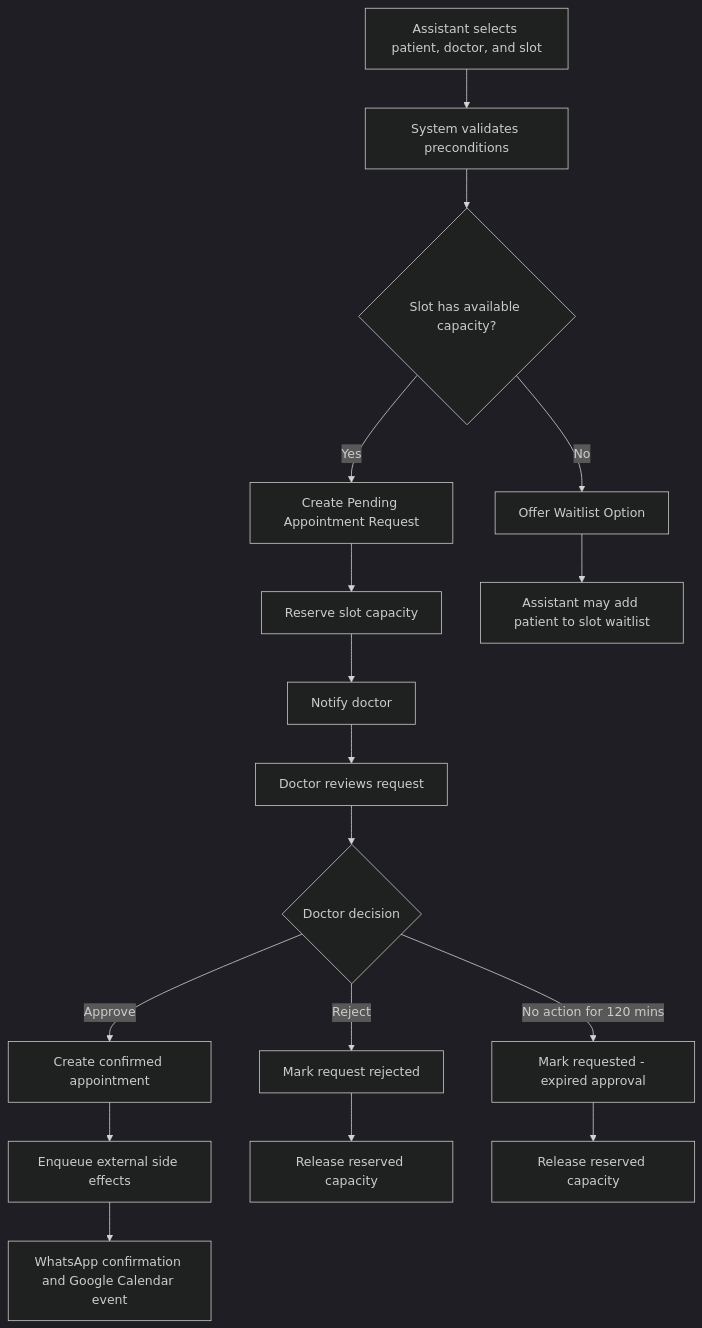
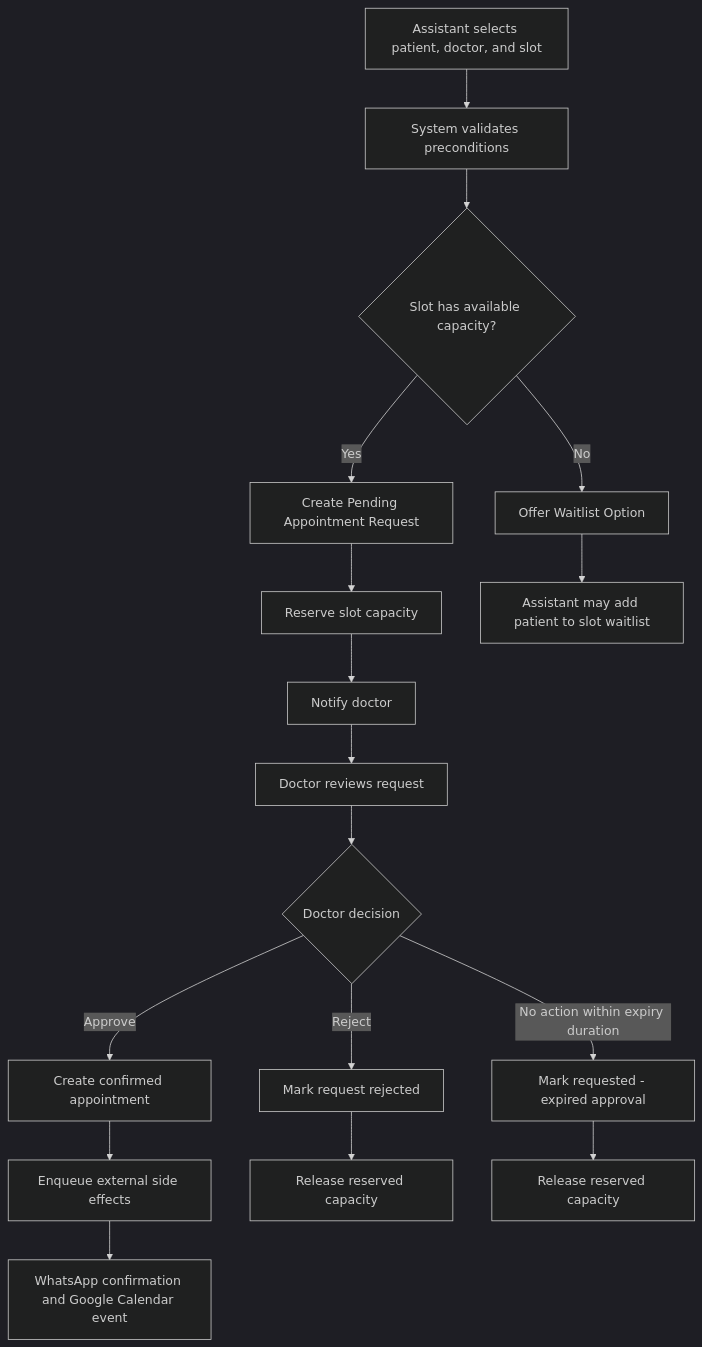
The diagram in Workflows/09-appointment-request.md (Dentist-Register-System/dentail-register-docs), drawn with Mermaid (dark theme) before and after one commit. The commit also changed other lines of this file and 7 other files, not shown here.

````diff
--- a/Workflows/09-appointment-request.md
+++ b/Workflows/09-appointment-request.md
@@ -21,19 +21,19 @@
 ```mermaid
 flowchart TD
     A[Assistant selects patient, doctor, and slot] --> B[System validates preconditions]
     B --> C{Slot has available capacity?}
     C -->|Yes| D[Create Pending Appointment Request]
     C -->|No| E[Offer Waitlist Option]
     D --> F[Reserve slot capacity]
     F --> G[Notify doctor]
     G --> H[Doctor reviews request]
     H --> I{Doctor decision}
     I -->|Approve| J[Create confirmed appointment]
     I -->|Reject| K[Mark request rejected]
-    I -->|No action for 120 mins| L[Mark requested - expired approval]
+    I -->|No action within expiry duration| L[Mark requested - expired approval]
     J --> M[Enqueue external side effects]
     M --> N[WhatsApp confirmation and Google Calendar event]
     K --> O[Release reserved capacity]
     L --> P[Release reserved capacity]
     E --> Q[Assistant may add patient to slot waitlist]
 ```
````
